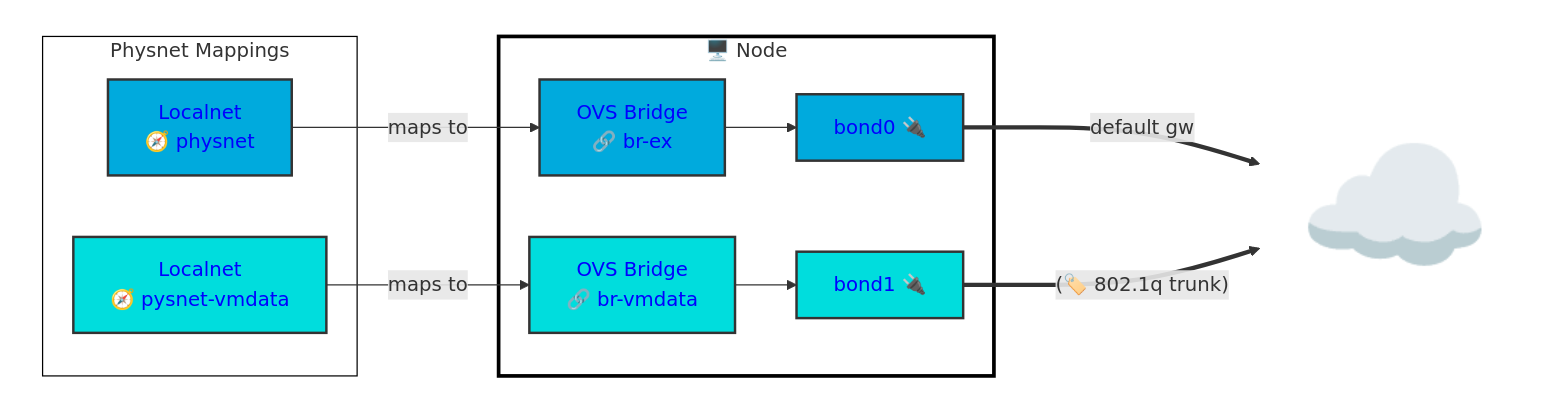
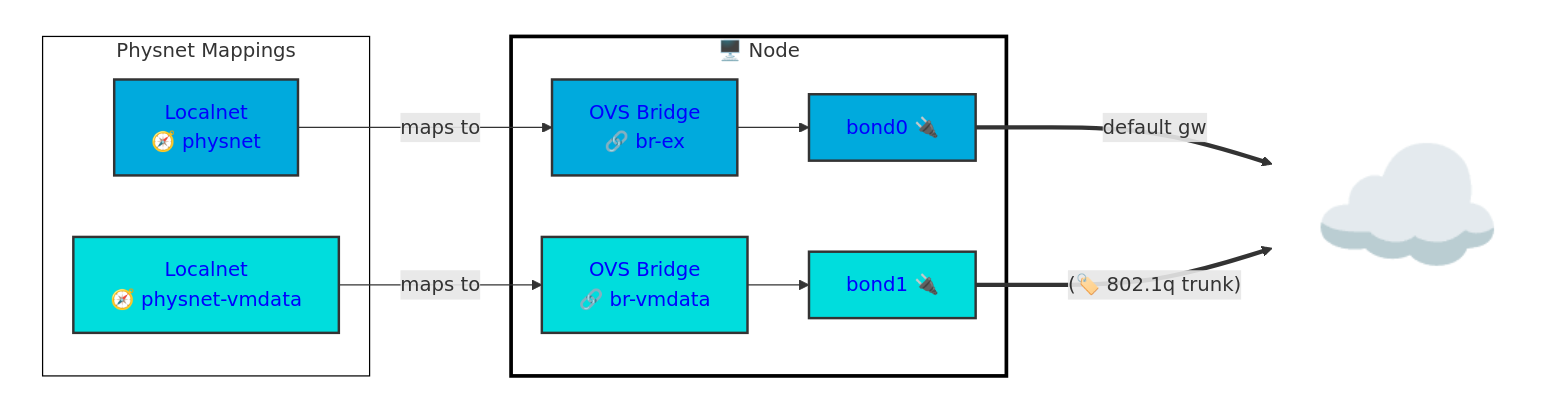
The second of 4 diagrams in networking/readme.md (dlbewley/demo-autofs), drawn with Mermaid before and after one commit. The commit also changed other lines of this file, not shown here.

````diff
--- a/networking/readme.md
+++ b/networking/readme.md
@@ -88,50 +88,50 @@
 ```mermaid
 graph LR;
     subgraph Cluster[" "]
 
       subgraph Localnets["Physnet Mappings"]
         physnet-ex[Localnet<br> 🧭 physnet]
-        physnet-vmdata[Localnet<br> 🧭 pysnet-vmdata]
+        physnet-vmdata[Localnet<br> 🧭 physnet-vmdata]
       end
 
       subgraph node1["🖥️ Node "]
         br-ex[ OVS Bridge<br> 🔗 br-ex]
         br-vmdata[ OVS Bridge<br> 🔗 br-vmdata]
         node1-bond0[bond0 🔌]
         node1-bond1[bond1 🔌]
       end
     end
 
     physnet-ex -- maps to --> br-ex
     physnet-vmdata -- maps to --> br-vmdata
     br-ex --> node1-bond0
     br-vmdata --> node1-bond1
 
     Internet["☁️ "]:::Internet
     node1-bond0 ==default gw==> Internet
     node1-bond1 ==(🏷️ 802.1q trunk)==> Internet
 
     classDef node-eth fill:#00dddd,color:#00f,stroke:#333,stroke-width:2px
 
     classDef vlan-default fill:#00aadd,color:#00f,stroke:#333,stroke-width:2px
     class br-ex,physnet-ex,node1-bond0 vlan-default
 
     classDef vlan-1924 fill:#00dddd,color:#00f,stroke:#333,stroke-width:2px
     class br-vmdata,physnet-vmdata vlan-1924
 
     classDef labels stroke-width:1px,color:#fff,fill:#005577
     classDef networks fill:#cdd,stroke-width:0px
 
     style Localnets fill:#fff,stroke:#000,stroke-width:1px
     style Cluster color:#000,fill:#fff,stroke:#333,stroke-width:0px
     style Internet fill:none,stroke-width:0px,font-size:+2em
 
     classDef nodes fill:#fff,stroke:#000,stroke-width:3px
     class node1,node2,node3 nodes
 
     classDef node-eth fill:#00dddd,color:#00f,stroke:#333,stroke-width:2px
     class node1-bond1 node-eth
 
     classDef nad-1924 fill:#00ffff,color:#00f,stroke:#333,stroke-width:1px
     class nad-1924-client,nad-1924-ldap,nad-1924-nfs nad-1924
 ```
````
